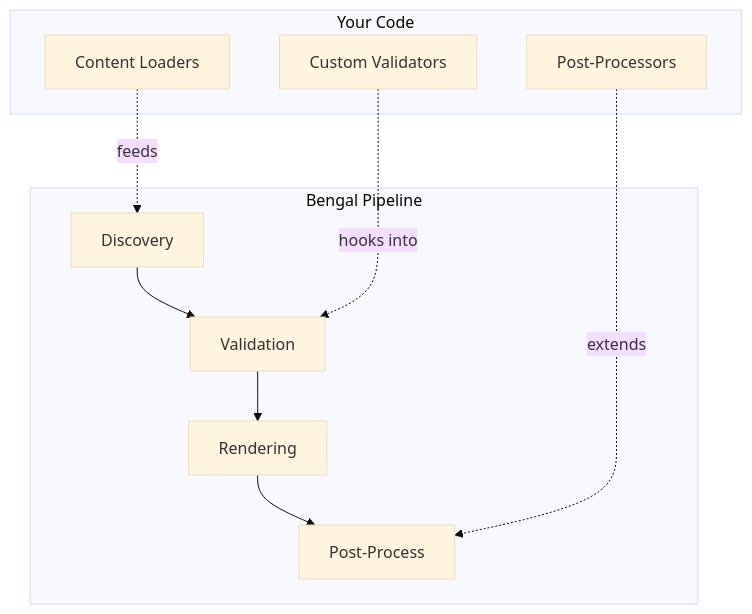
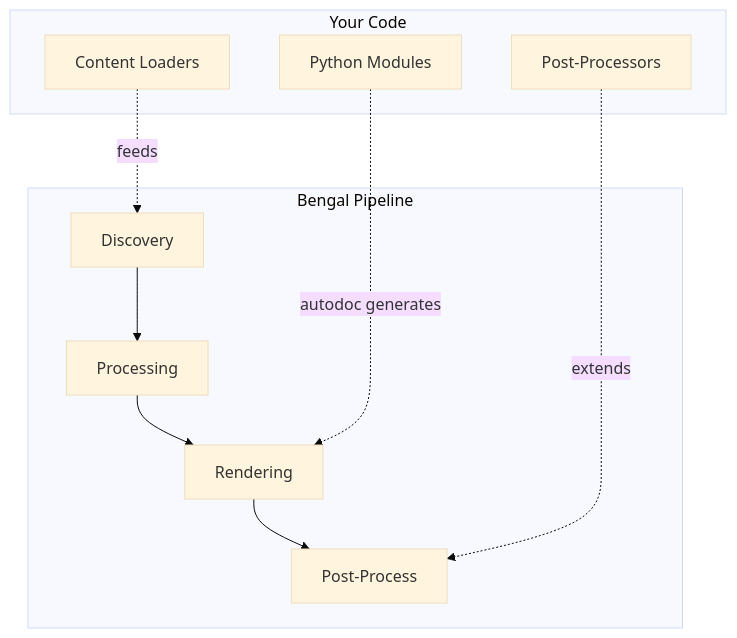
The diagram in site/content/docs/extending/_index.md (lbliii/bengal), drawn with Mermaid (base theme) before and after one commit. The commit also changed other lines of this file and 5 other files, not shown here.

````diff
--- a/site/content/docs/extending/_index.md
+++ b/site/content/docs/extending/_index.md
@@ -23,18 +23,18 @@
 ```mermaid
 flowchart TB
     subgraph "Your Code"
-        A[Custom Validators]
+        A[Python Modules]
         B[Content Loaders]
         C[Post-Processors]
     end
 
     subgraph "Bengal Pipeline"
-        D[Discovery] --> E[Validation]
+        D[Discovery] --> E[Processing]
         E --> F[Rendering]
         F --> G[Post-Process]
     end
 
-    A -.->|hooks into| E
+    A -.->|autodoc generates| F
     B -.->|feeds| D
     C -.->|extends| G
 ```
````
